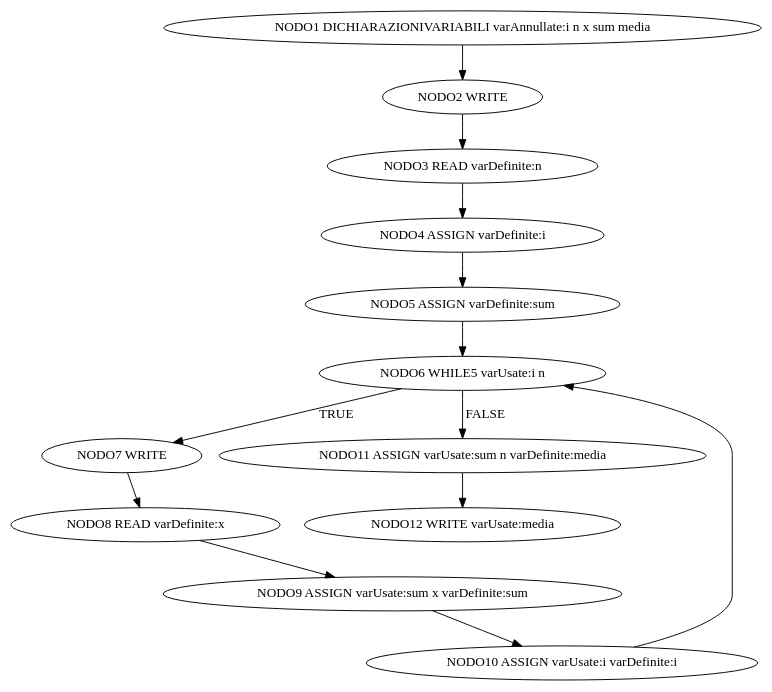
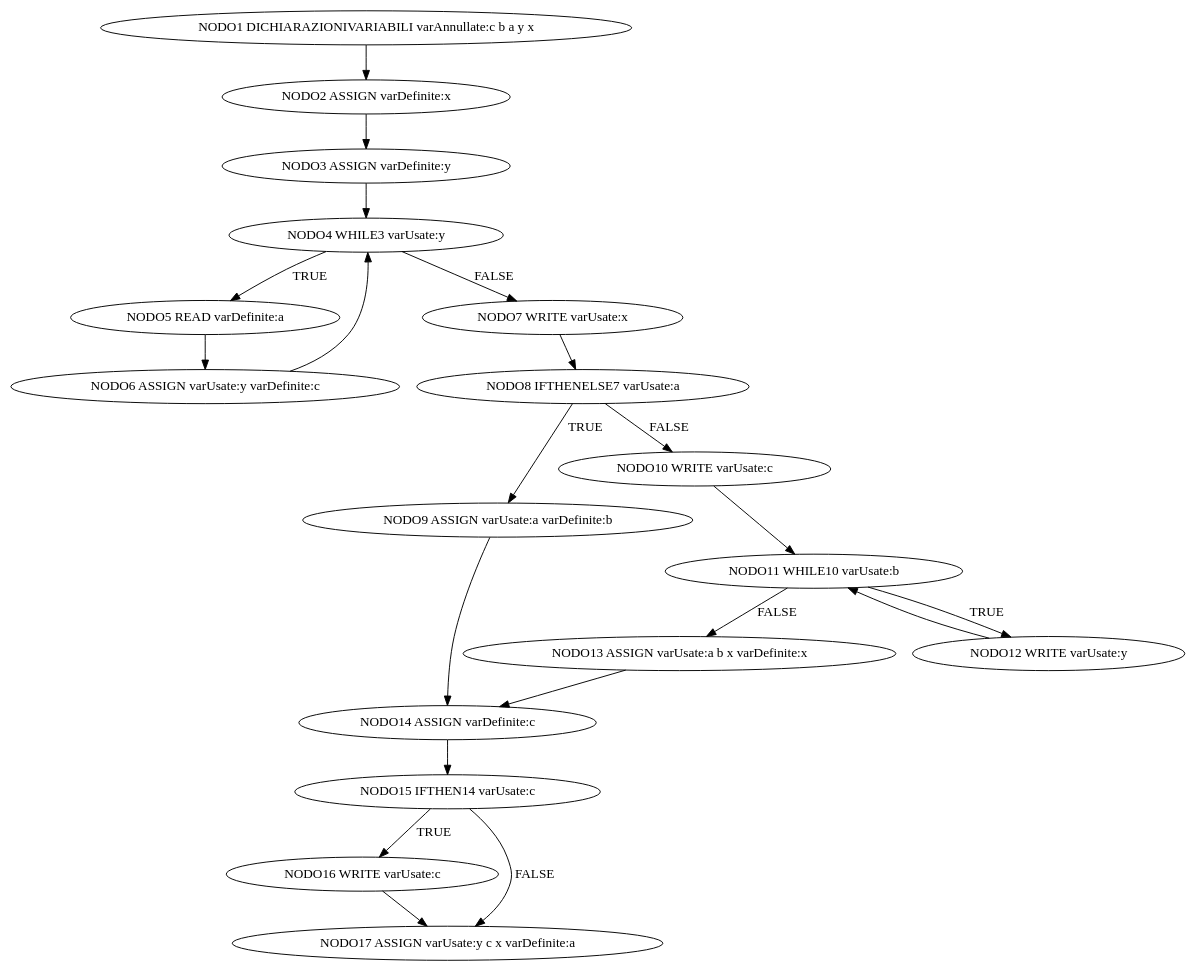
Before and after one commit to Mazzotta-Fabio/Compilatore-YASPL: the diagram in grafo.dot, drawn with Graphviz. The commit also changed 12 other files, not shown here.

```diff
--- a/grafo.dot
+++ b/grafo.dot
@@ -1,39 +1,63 @@
 diGraph G {
-NODO1 [label="NODO1 DICHIARAZIONIVARIABILI varAnnullate:i n x sum media "]
-NODO2 [label="NODO2 WRITE "]
+NODO1 [label="NODO1 DICHIARAZIONIVARIABILI varAnnullate:c b a y x "]
+NODO2 [label="NODO2 ASSIGN varDefinite:x "]
 NODO1 -> NODO2
-NODO2 [label="NODO2 WRITE "]
-NODO3 [label="NODO3 READ varDefinite:n "]
+NODO2 [label="NODO2 ASSIGN varDefinite:x "]
+NODO3 [label="NODO3 ASSIGN varDefinite:y "]
 NODO2 -> NODO3
-NODO3 [label="NODO3 READ varDefinite:n "]
-NODO4 [label="NODO4 ASSIGN varDefinite:i "]
+NODO3 [label="NODO3 ASSIGN varDefinite:y "]
+NODO4 [label="NODO4 WHILE3 varUsate:y "]
 NODO3 -> NODO4
-NODO4 [label="NODO4 ASSIGN varDefinite:i "]
-NODO5 [label="NODO5 ASSIGN varDefinite:sum "]
-NODO4 -> NODO5
-NODO5 [label="NODO5 ASSIGN varDefinite:sum "]
-NODO6 [label="NODO6 WHILE5 varUsate:i n "]
+NODO4 [label="NODO4 WHILE3 varUsate:y "]
+NODO5 [label="NODO5 READ varDefinite:a "]
+NODO4 -> NODO5 [label="TRUE      "]; 
+NODO5 [label="NODO5 READ varDefinite:a "]
+NODO6 [label="NODO6 ASSIGN varUsate:y varDefinite:c "]
 NODO5 -> NODO6
-NODO6 [label="NODO6 WHILE5 varUsate:i n "]
-NODO7 [label="NODO7 WRITE "]
-NODO6 -> NODO7 [label="TRUE      "]; 
-NODO7 [label="NODO7 WRITE "]
-NODO8 [label="NODO8 READ varDefinite:x "]
+NODO6 [label="NODO6 ASSIGN varUsate:y varDefinite:c "]
+NODO4 [label="NODO4 WHILE3 varUsate:y "]
+NODO6 -> NODO4
+NODO4 [label="NODO4 WHILE3 varUsate:y "]
+NODO7 [label="NODO7 WRITE varUsate:x "]
+NODO4 -> NODO7 [label="FALSE"]; 
+NODO7 [label="NODO7 WRITE varUsate:x "]
+NODO8 [label="NODO8 IFTHENELSE7 varUsate:a "]
 NODO7 -> NODO8
-NODO8 [label="NODO8 READ varDefinite:x "]
-NODO9 [label="NODO9 ASSIGN varUsate:sum x varDefinite:sum "]
-NODO8 -> NODO9
-NODO9 [label="NODO9 ASSIGN varUsate:sum x varDefinite:sum "]
-NODO10 [label="NODO10 ASSIGN varUsate:i varDefinite:i "]
-NODO9 -> NODO10
-NODO10 [label="NODO10 ASSIGN varUsate:i varDefinite:i "]
-NODO6 [label="NODO6 WHILE5 varUsate:i n "]
-NODO10 -> NODO6
-NODO6 [label="NODO6 WHILE5 varUsate:i n "]
-NODO11 [label="NODO11 ASSIGN varUsate:sum n varDefinite:media "]
-NODO6 -> NODO11 [label="FALSE"]; 
-NODO11 [label="NODO11 ASSIGN varUsate:sum n varDefinite:media "]
-NODO12 [label="NODO12 WRITE varUsate:media "]
-NODO11 -> NODO12
+NODO8 [label="NODO8 IFTHENELSE7 varUsate:a "]
+NODO9 [label="NODO9 ASSIGN varUsate:a varDefinite:b "]
+NODO8 -> NODO9 [label="TRUE      "]; 
+NODO8 [label="NODO8 IFTHENELSE7 varUsate:a "]
+NODO10 [label="NODO10 WRITE varUsate:c "]
+NODO8 -> NODO10 [label="FALSE"]; 
+NODO10 [label="NODO10 WRITE varUsate:c "]
+NODO11 [label="NODO11 WHILE10 varUsate:b "]
+NODO10 -> NODO11
+NODO11 [label="NODO11 WHILE10 varUsate:b "]
+NODO12 [label="NODO12 WRITE varUsate:y "]
+NODO11 -> NODO12 [label="TRUE      "]; 
+NODO12 [label="NODO12 WRITE varUsate:y "]
+NODO11 [label="NODO11 WHILE10 varUsate:b "]
+NODO12 -> NODO11
+NODO11 [label="NODO11 WHILE10 varUsate:b "]
+NODO13 [label="NODO13 ASSIGN varUsate:a b x varDefinite:x "]
+NODO11 -> NODO13 [label="FALSE"]; 
+NODO9 [label="NODO9 ASSIGN varUsate:a varDefinite:b "]
+NODO14 [label="NODO14 ASSIGN varDefinite:c "]
+NODO9 -> NODO14
+NODO13 [label="NODO13 ASSIGN varUsate:a b x varDefinite:x "]
+NODO14 [label="NODO14 ASSIGN varDefinite:c "]
+NODO13 -> NODO14
+NODO14 [label="NODO14 ASSIGN varDefinite:c "]
+NODO15 [label="NODO15 IFTHEN14 varUsate:c "]
+NODO14 -> NODO15
+NODO15 [label="NODO15 IFTHEN14 varUsate:c "]
+NODO16 [label="NODO16 WRITE varUsate:c "]
+NODO15 -> NODO16 [label="TRUE      "]; 
+NODO15 [label="NODO15 IFTHEN14 varUsate:c "]
+NODO17 [label="NODO17 ASSIGN varUsate:y c x varDefinite:a "]
+NODO15 -> NODO17 [label="FALSE"]; 
+NODO16 [label="NODO16 WRITE varUsate:c "]
+NODO17 [label="NODO17 ASSIGN varUsate:y c x varDefinite:a "]
+NODO16 -> NODO17
 
 }
```
